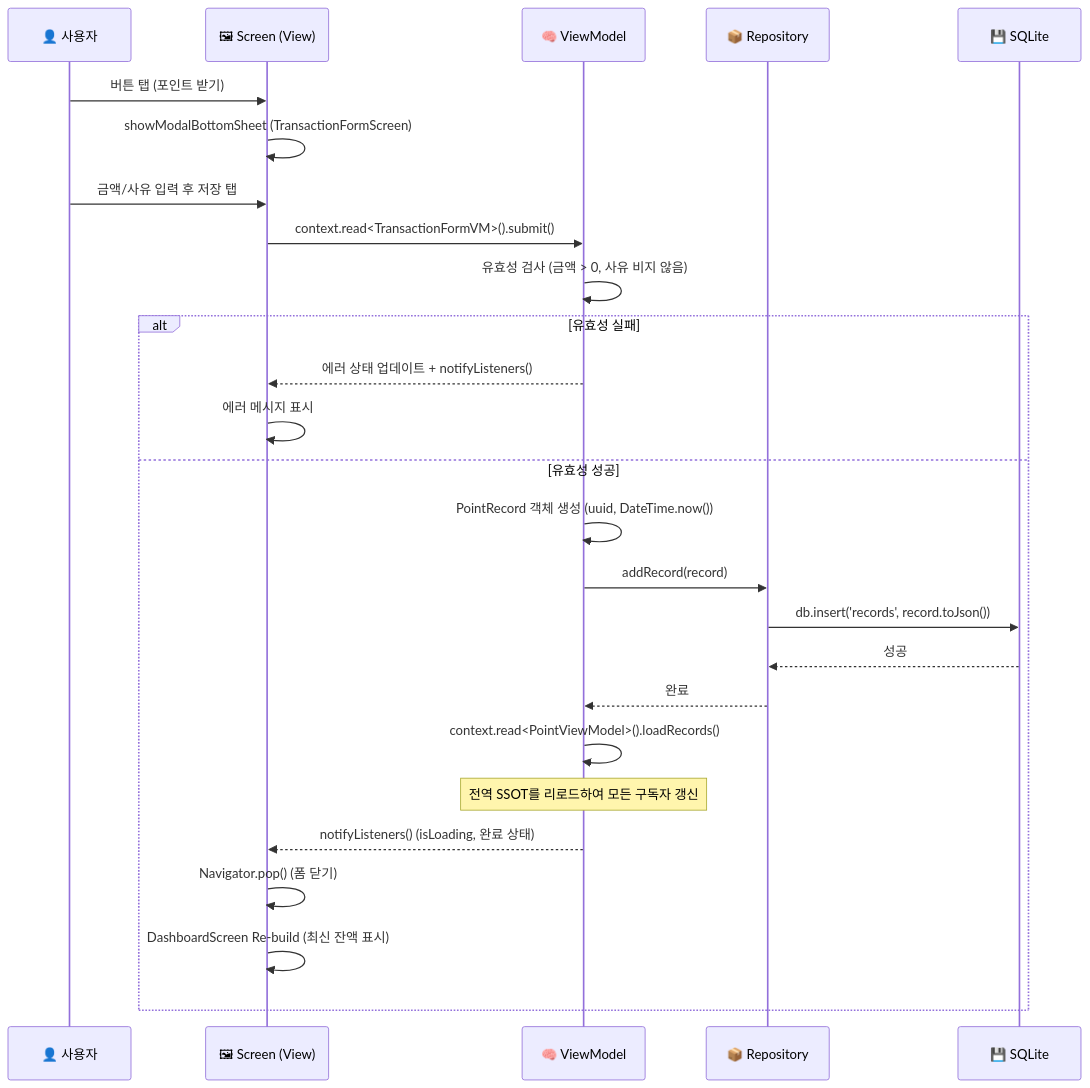
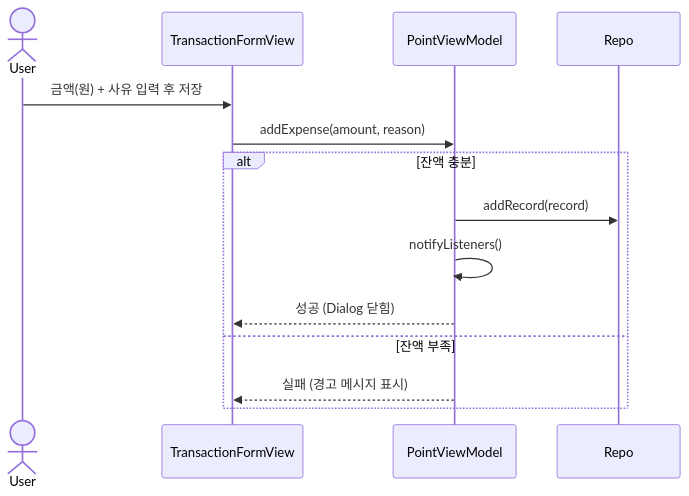
Before and after one commit to goodsw4all/wawapoint_flutter: the ninth of 10 diagrams in docs/LEARNING_GUIDE.md, drawn with Mermaid. The commit also changed other lines of this file, not shown here.

````diff
--- a/docs/LEARNING_GUIDE.md
+++ b/docs/LEARNING_GUIDE.md
@@ -806,31 +861,17 @@
 ```mermaid
 sequenceDiagram
-    participant User as 👤 사용자
-    participant View as 🖼 Screen (View)
-    participant VM as 🧠 ViewModel
-    participant Repo as 📦 Repository
-    participant DB as 💾 SQLite
+    actor User
+    participant V as TransactionFormView
+    participant PVM as PointViewModel
 
-    User->>View: 버튼 탭 (포인트 받기)
-    View->>View: showModalBottomSheet (TransactionFormScreen)
-    User->>View: 금액/사유 입력 후 저장 탭
-
-    View->>VM: context.read<TransactionFormVM>().submit()
-    VM->>VM: 유효성 검사 (금액 > 0, 사유 비지 않음)
-
-    alt 유효성 실패
-        VM-->>View: 에러 상태 업데이트 + notifyListeners()
-        View->>View: 에러 메시지 표시
-    else 유효성 성공
-        VM->>VM: PointRecord 객체 생성 (uuid, DateTime.now())
-        VM->>Repo: addRecord(record)
-        Repo->>DB: db.insert('records', record.toJson())
-        DB-->>Repo: 성공
-        Repo-->>VM: 완료
-        VM->>VM: context.read<PointViewModel>().loadRecords()
-        Note over VM: 전역 SSOT를 리로드하여 모든 구독자 갱신
-        VM-->>View: notifyListeners() (isLoading, 완료 상태)
-        View->>View: Navigator.pop() (폼 닫기)
-        View->>View: DashboardScreen Re-build (최신 잔액 표시)
+    User->>V: 금액(원) + 사유 입력 후 저장
+    V->>PVM: addExpense(amount, reason)
+    
+    alt 잔액 충분
+        PVM->>Repo: addRecord(record)
+        PVM->>PVM: notifyListeners()
+        PVM-->>V: 성공 (Dialog 닫힘)
+    else 잔액 부족
+        PVM-->>V: 실패 (경고 메시지 표시)
     end
 ```
````
